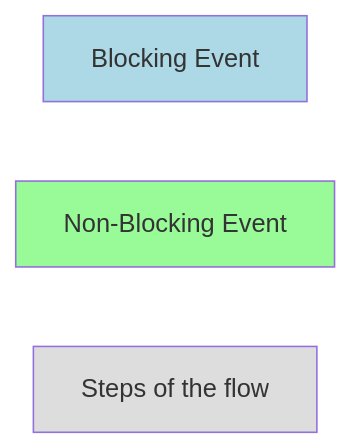
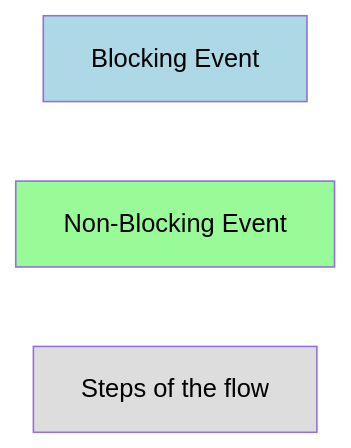
One commit to authgear/authgear-server changed the first of 3 diagrams in docs/specs/event.md. Above: the diagram before and after it, drawn with Mermaid. The commit also changed other lines of this file and 1 other file, not shown here.

Commit message:
Document new step type trigger_event and enforce_constraints_amr

````diff
--- a/docs/specs/event.md
+++ b/docs/specs/event.md
@@ -929,10 +981,10 @@
 ```mermaid
 graph LR
     Blocking[Blocking Event]:::blockingEvent
     NonBlocking[Non-Blocking Event]:::event
     Process[Steps of the flow]:::processNode
 
-    classDef blockingEvent fill:#ADD8E6
-    classDef event fill:#98FB98
-    classDef processNode fill:#dddddd
+    classDef blockingEvent fill:#ADD8E6,color:#000000
+    classDef event fill:#98FB98,color:#000000
+    classDef processNode fill:#dddddd,color:#000000
 ```
````
